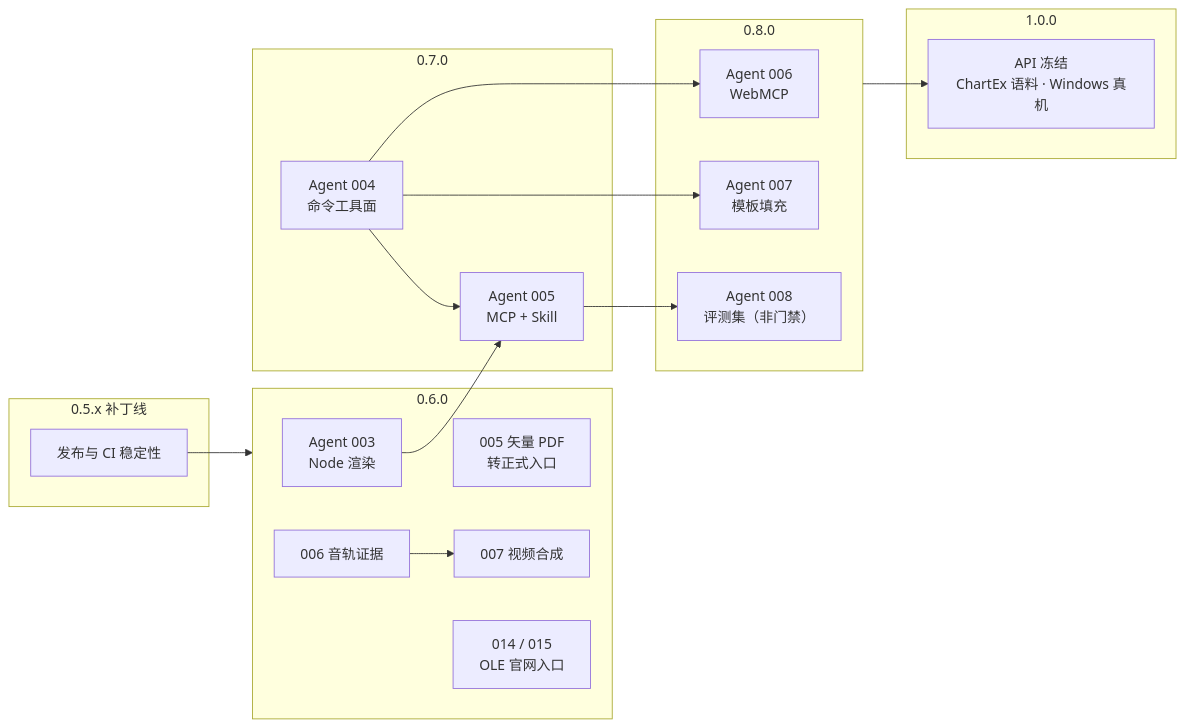
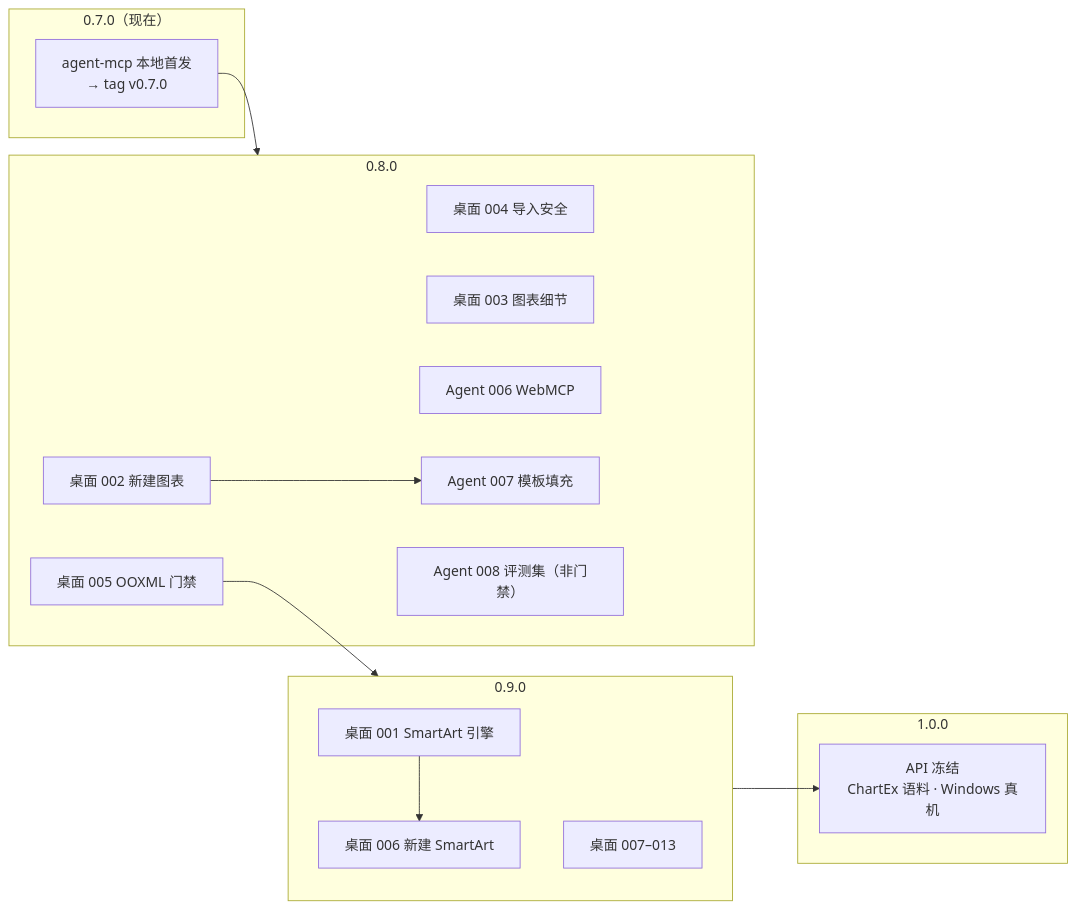
Before and after one commit to unStone/web-ppt: the third of 4 diagrams in docs/roadmap.md, drawn with Mermaid. The commit also changed other lines of this file and 25 other files, not shown here.

First line of the commit message:
docs: 按当前进度重整 roadmap，新增桌面能力补齐地图

````diff
--- a/docs/roadmap.md
+++ b/docs/roadmap.md
@@ -249,29 +269,26 @@
 ```mermaid
 flowchart LR
-    subgraph P05["0.5.x 补丁线"]
-      S["发布与 CI 稳定性"]
-    end
-    subgraph P06["0.6.0"]
-      A3["Agent 003<br/>Node 渲染"]
-      F5["005 矢量 PDF<br/>转正式入口"]
-      F6["006 音轨证据"] --> F7["007 视频合成"]
-      F14["014 / 015<br/>OLE 官网入口"]
-    end
-    subgraph P07["0.7.0"]
-      A4["Agent 004<br/>命令工具面"] --> A5["Agent 005<br/>MCP + Skill"]
+    subgraph P07["0.7.0（现在）"]
+      R7["agent-mcp 本地首发<br/>→ tag v0.7.0"]
     end
     subgraph P08["0.8.0"]
-      A6["Agent 006<br/>WebMCP"]
-      A7["Agent 007<br/>模板填充"]
-      A8["Agent 008<br/>评测集（非门禁）"]
+      S4["桌面 004 导入安全"]
+      V5["桌面 005 OOXML 门禁"]
+      C2["桌面 002 新建图表"]
+      C3["桌面 003 图表细节"]
+      A6["Agent 006 WebMCP"]
+      A7["Agent 007 模板填充"]
+      A8["Agent 008 评测集（非门禁）"]
+    end
+    subgraph P09["0.9.0"]
+      E1["桌面 001 SmartArt 引擎"] --> E6["桌面 006 新建 SmartArt"]
+      T7["桌面 007–013"]
     end
     subgraph P10["1.0.0"]
       Z["API 冻结<br/>ChartEx 语料 · Windows 真机"]
     end
-    S --> P06
-    A3 --> A5
-    A4 --> A6
-    A4 --> A7
-    A5 --> A8
-    P08 --> Z
+    R7 --> P08
+    C2 --> A7
+    V5 --> P09
+    P09 --> Z
 ```
````
